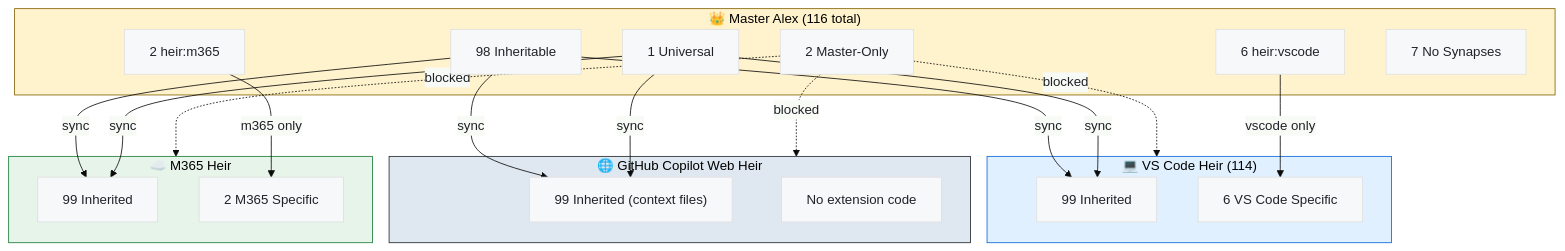
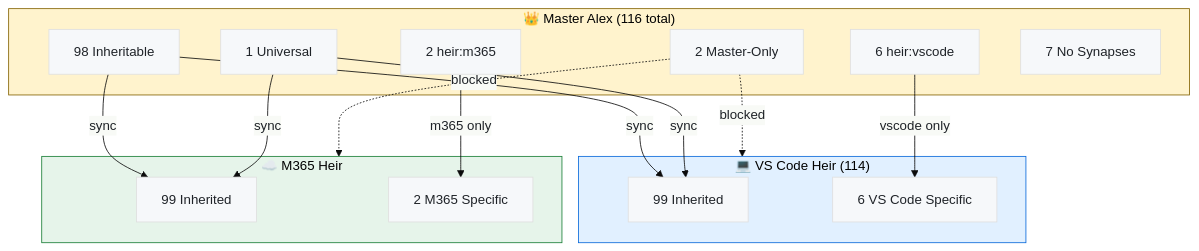
Before and after one commit to fabioc-aloha/Alex_Plug_In: the sixth of 6 diagrams in alex_docs/skills/SKILLS-CATALOG.md, drawn with Mermaid. The commit also changed other lines of this file and 31 other files, not shown here.

First line of the commit message:
chore: discontinue GitHub Copilot Web heir, consolidate to 3-platform strategy

````diff
--- a/alex_docs/skills/SKILLS-CATALOG.md
+++ b/alex_docs/skills/SKILLS-CATALOG.md
@@ -903,41 +903,33 @@
 ```mermaid
 %%{init: {'theme': 'base', 'themeVariables': { 'primaryColor': '#f6f8fa', 'primaryTextColor': '#1f2328'}}}%%
 flowchart TB
     subgraph Master["👑 Master Alex (116 total)"]
         M_INH["98 Inheritable"]
         M_UNI["1 Universal"]
         M_ONLY["2 Master-Only"]
         M_HV["6 heir:vscode"]
         M_HM["2 heir:m365"]
         M_NOSYN["7 No Synapses"]
     end
 
     subgraph VSCode["💻 VS Code Heir (114)"]
         V_INH["99 Inherited"]
         V_OWN["6 VS Code Specific"]
     end
 
-    subgraph WebHeir["🌐 GitHub Copilot Web Heir"]
-        W_INH["99 Inherited (context files)"]
-        W_NOTE["No extension code"]
-    end
-
     subgraph M365["☁️ M365 Heir"]
         M365_INH["99 Inherited"]
         M365_OWN["2 M365 Specific"]
     end
 
     M_INH & M_UNI -->|"sync"| V_INH
     M_INH & M_UNI -->|"sync"| M365_INH
-    M_INH & M_UNI -->|"sync"| W_INH
     M_HV -->|"vscode only"| V_OWN
     M_HM -->|"m365 only"| M365_OWN
     M_ONLY -.->|"blocked"| VSCode
     M_ONLY -.->|"blocked"| M365
-    M_ONLY -.->|"blocked"| WebHeir
 
     style Master fill:#fff3cd,stroke:#856404
     style VSCode fill:#e1f0ff,stroke:#0969da
-    style WebHeir fill:#dfe8f0,stroke:#24292f
     style M365 fill:#e6f4ea,stroke:#1a7f37
 ```
````
